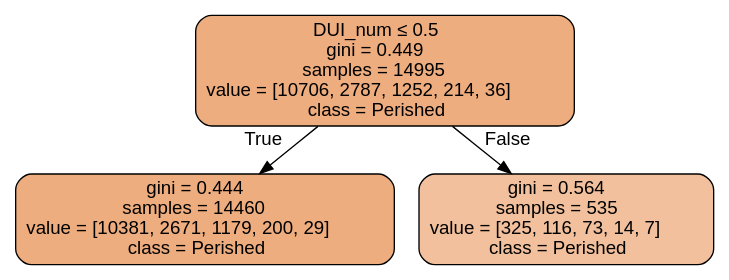
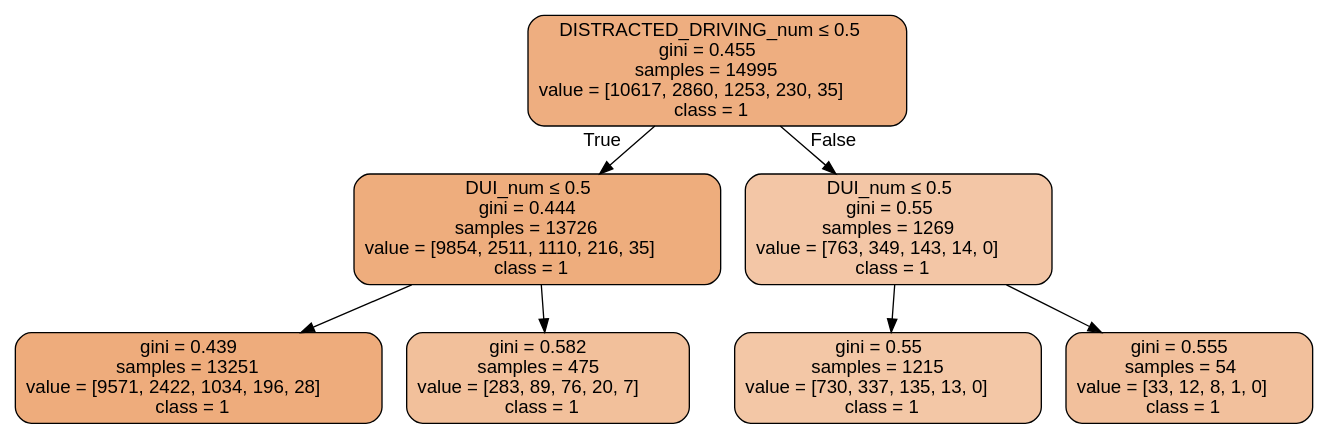
One commit to ckyle25/dSFinalProject2020 changed the diagram in temp.dot. Above: the diagram before and after it, drawn with Graphviz. The commit also changed 5 other files, not shown here.

```diff
--- a/temp.dot
+++ b/temp.dot
@@ -1,9 +1,17 @@
 digraph Tree {
 node [shape=box, style="filled, rounded", color="black", fontname=helvetica] ;
 edge [fontname=helvetica] ;
-0 [label=<DUI_num &le; 0.5<br/>gini = 0.449<br/>samples = 14995<br/>value = [10706, 2787, 1252, 214, 36]<br/>class = Perished>, fillcolor="#eead7f"] ;
-1 [label=<gini = 0.444<br/>samples = 14460<br/>value = [10381, 2671, 1179, 200, 29]<br/>class = Perished>, fillcolor="#eead7e"] ;
+0 [label=<DISTRACTED_DRIVING_num &le; 0.5<br/>gini = 0.455<br/>samples = 14995<br/>value = [10617, 2860, 1253, 230, 35]<br/>class = 1>, fillcolor="#eeae80"] ;
+1 [label=<DUI_num &le; 0.5<br/>gini = 0.444<br/>samples = 13726<br/>value = [9854, 2511, 1110, 216, 35]<br/>class = 1>, fillcolor="#eead7d"] ;
 0 -> 1 [labeldistance=2.5, labelangle=45, headlabel="True"] ;
-2 [label=<gini = 0.564<br/>samples = 535<br/>value = [325, 116, 73, 14, 7]<br/>class = Perished>, fillcolor="#f2c09c"] ;
-0 -> 2 [labeldistance=2.5, labelangle=-45, headlabel="False"] ;
+2 [label=<gini = 0.439<br/>samples = 13251<br/>value = [9571, 2422, 1034, 196, 28]<br/>class = 1>, fillcolor="#eeac7c"] ;
+1 -> 2 ;
+3 [label=<gini = 0.582<br/>samples = 475<br/>value = [283, 89, 76, 20, 7]<br/>class = 1>, fillcolor="#f2c09b"] ;
+1 -> 3 ;
+4 [label=<DUI_num &le; 0.5<br/>gini = 0.55<br/>samples = 1269<br/>value = [763, 349, 143, 14, 0]<br/>class = 1>, fillcolor="#f3c6a6"] ;
+0 -> 4 [labeldistance=2.5, labelangle=-45, headlabel="False"] ;
+5 [label=<gini = 0.55<br/>samples = 1215<br/>value = [730, 337, 135, 13, 0]<br/>class = 1>, fillcolor="#f3c7a6"] ;
+4 -> 5 ;
+6 [label=<gini = 0.555<br/>samples = 54<br/>value = [33, 12, 8, 1, 0]<br/>class = 1>, fillcolor="#f2c09c"] ;
+4 -> 6 ;
 }
```
